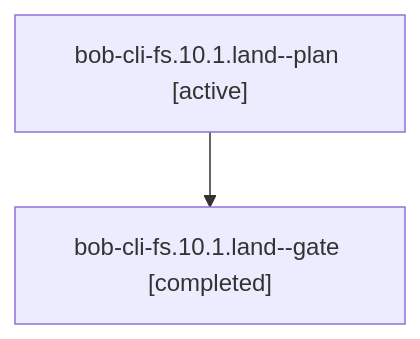
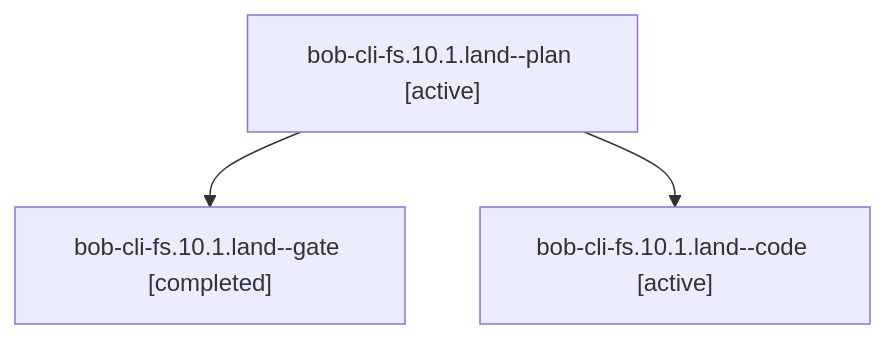
One commit to bobs-org/bob-cli--agents changed the diagram in sessions/bbugyi200.athena.bob-cli-fs.10.1.land.md. Above: the diagram before and after it, drawn with Mermaid. The commit also changed other lines of this file and 115 other files, not shown here.

````diff
--- a/sessions/bbugyi200.athena.bob-cli-fs.10.1.land.md
+++ b/sessions/bbugyi200.athena.bob-cli-fs.10.1.land.md
@@ -9,6 +9,8 @@
 ```mermaid
 flowchart TD
   n0["bob-cli-fs.10.1.land--plan [active]"]
   n1["bob-cli-fs.10.1.land--gate [completed]"]
   n0 --> n1
+  n2["bob-cli-fs.10.1.land--code [active]"]
+  n0 --> n2
 ```
````
